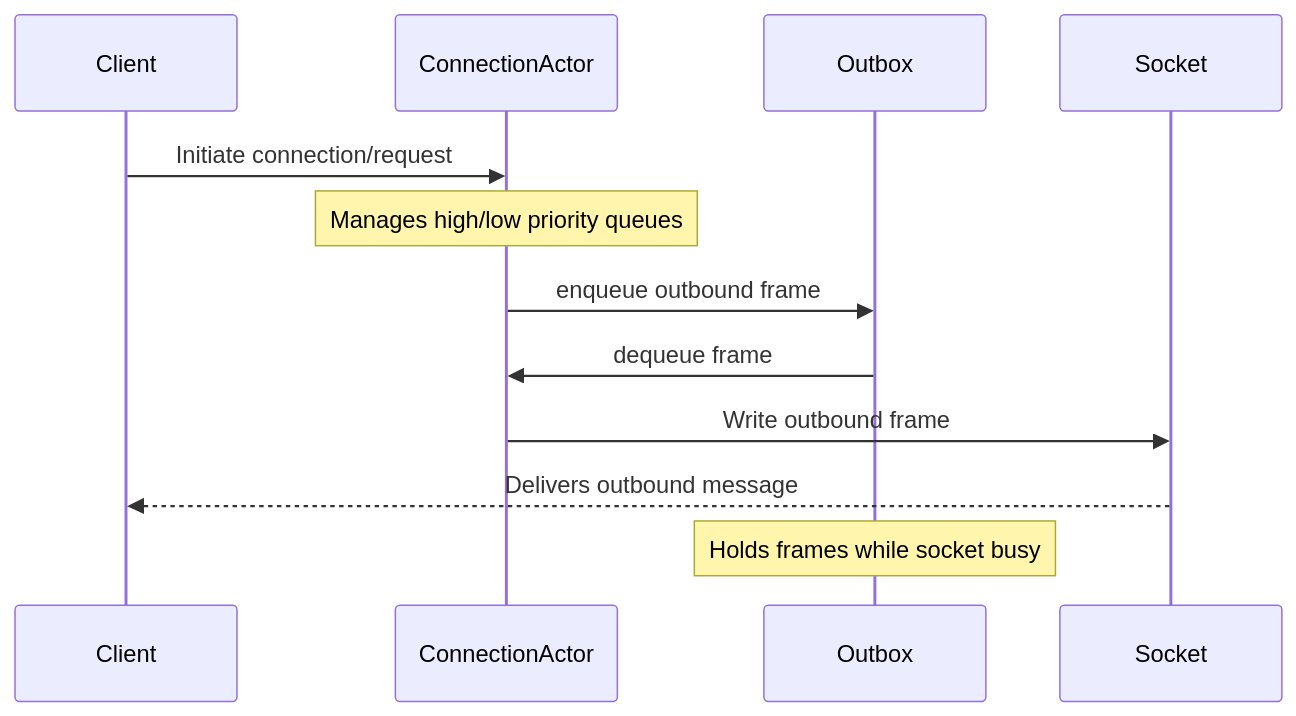
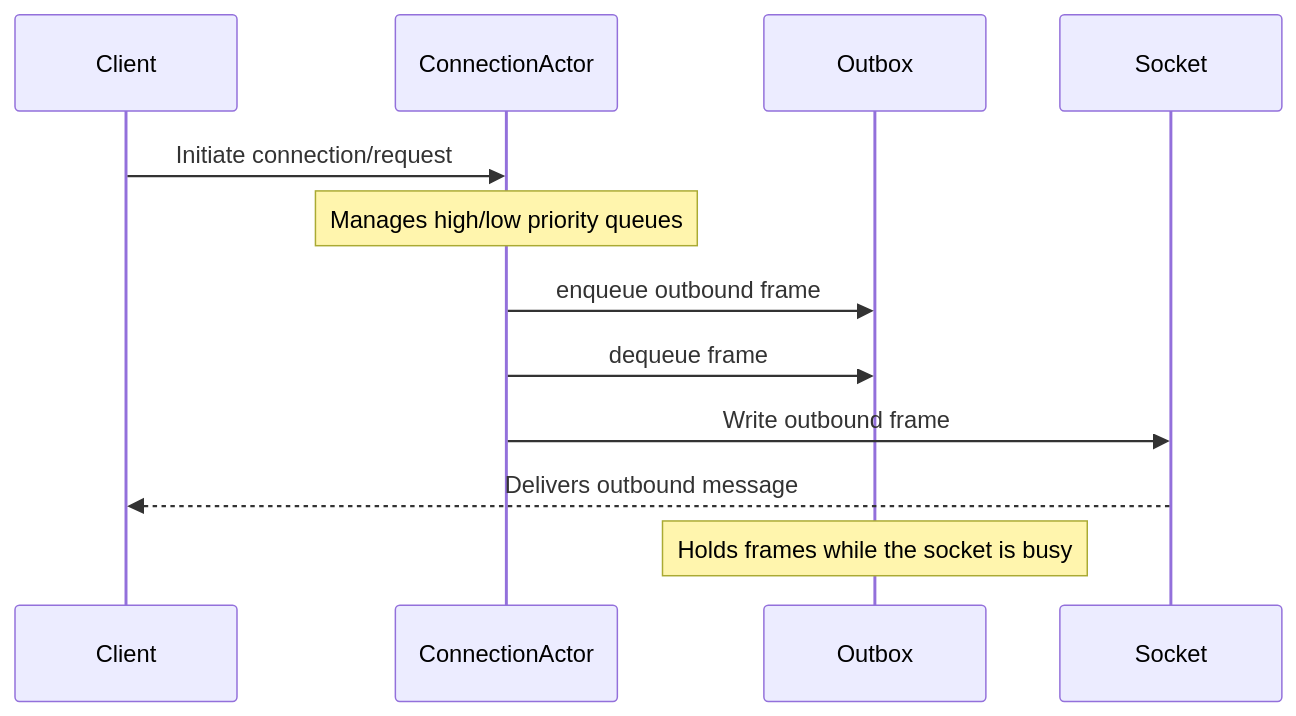
One commit to leynos/wireframe changed the second of 7 diagrams in docs/asynchronous-outbound-messaging-design.md. Above: the diagram before and after it, drawn with Mermaid. The commit also changed other lines of this file, not shown here.

````diff
--- a/docs/asynchronous-outbound-messaging-design.md
+++ b/docs/asynchronous-outbound-messaging-design.md
@@ -164,15 +164,15 @@
 ```mermaid
 sequenceDiagram
     participant Client
     participant ConnectionActor
     participant Outbox
     participant Socket
 
     Client->>ConnectionActor: Initiate connection/request
     Note over ConnectionActor: Manages high/low priority queues
     ConnectionActor->>Outbox: enqueue outbound frame
-    Outbox->>ConnectionActor: dequeue frame
+    ConnectionActor->>Outbox: dequeue frame
     ConnectionActor->>Socket: Write outbound frame
     Socket-->>Client: Delivers outbound message
-    Note over Outbox: Holds frames while socket busy
+    Note over Outbox: Holds frames while the socket is busy
 ```
````
